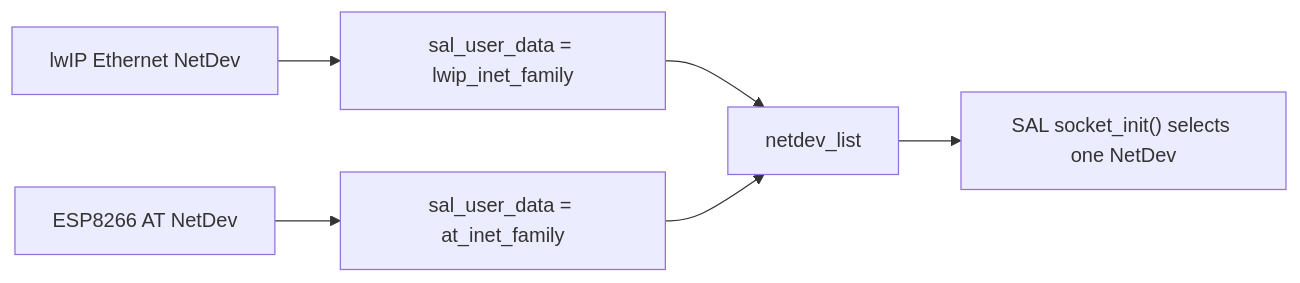
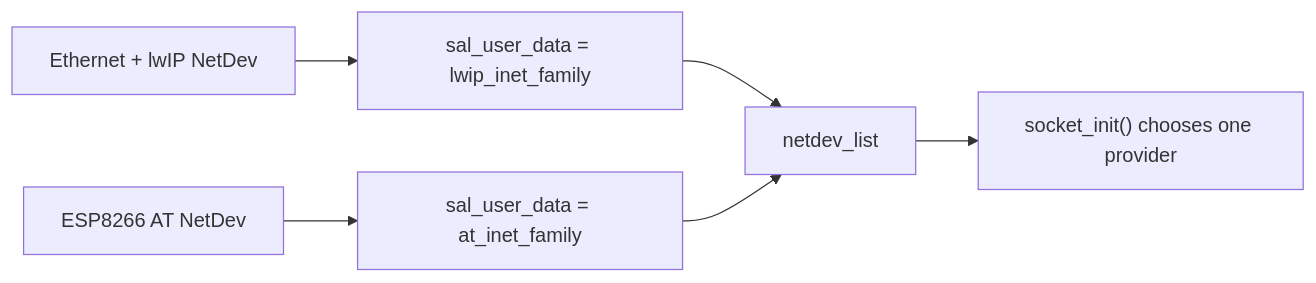
One commit to wdfk-prog/lwIP-Source-Lab changed the second of 5 diagrams in docs/41-rtthread-netdev-multi-backend.md. Above: the diagram before and after it, drawn with Mermaid. The commit also changed other lines of this file and 49 other files, not shown here.

````diff
--- a/docs/41-rtthread-netdev-multi-backend.md
+++ b/docs/41-rtthread-netdev-multi-backend.md
@@ -118,8 +392,8 @@
 ```mermaid
 flowchart LR
-    A["lwIP Ethernet NetDev"] --> B["sal_user_data = lwip_inet_family"]
+    A["Ethernet + lwIP NetDev"] --> B["sal_user_data = lwip_inet_family"]
     C["ESP8266 AT NetDev"] --> D["sal_user_data = at_inet_family"]
     B --> E["netdev_list"]
     D --> E
-    E --> F["SAL socket_init() selects one NetDev"]
+    E --> F["socket_init() chooses one provider"]
 ```
````
